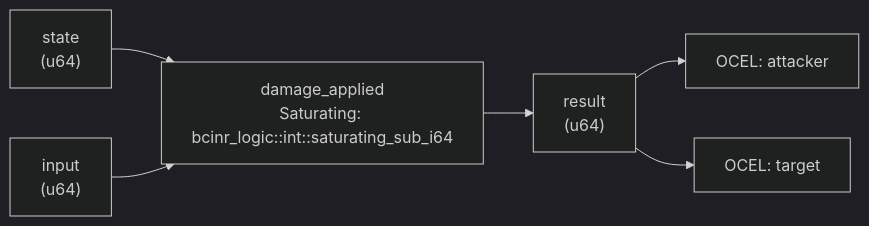
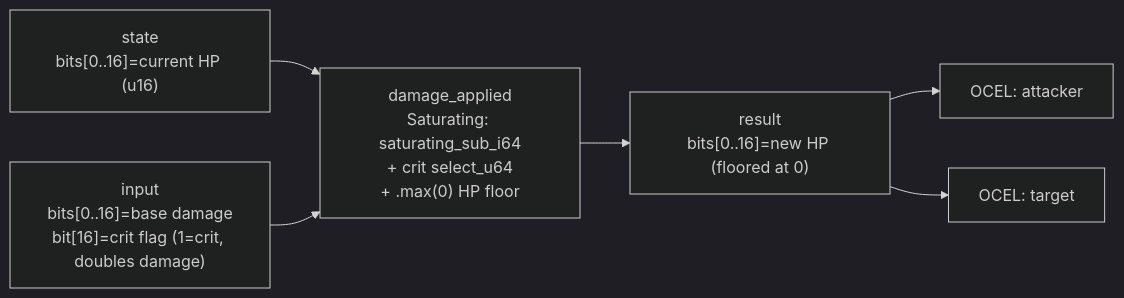
The diagram in crates/wasm4games/docs/patterns/damage_applied.md (seanchatmangpt/bcinr), drawn with Mermaid (dark theme) before and after one commit. The commit also changed other lines of this file and 20 other files, not shown here.

````diff
--- a/crates/wasm4games/docs/patterns/damage_applied.md
+++ b/crates/wasm4games/docs/patterns/damage_applied.md
@@ -56,14 +42,14 @@
 ```mermaid
 graph LR
-    state["state\n(u64)"]
-    input["input\n(u64)"]
-    kernel["damage_applied\nSaturating: bcinr_logic::int::saturating_sub_i64"]
-    result["result\n(u64)"]
+    state["state\nbits[0..16]=current HP (u16)"]
+    input["input\nbits[0..16]=base damage\nbit[16]=crit flag (1=crit, doubles damage)"]
+    kernel["damage_applied\nSaturating: saturating_sub_i64\n+ crit select_u64\n+ .max(0) HP floor"]
+    result["result\nbits[0..16]=new HP (floored at 0)"]
     state --> kernel
     input --> kernel
     kernel --> result
     ocel_0["OCEL: attacker"]
     result --> ocel_0
     ocel_1["OCEL: target"]
     result --> ocel_1
 ```
````
